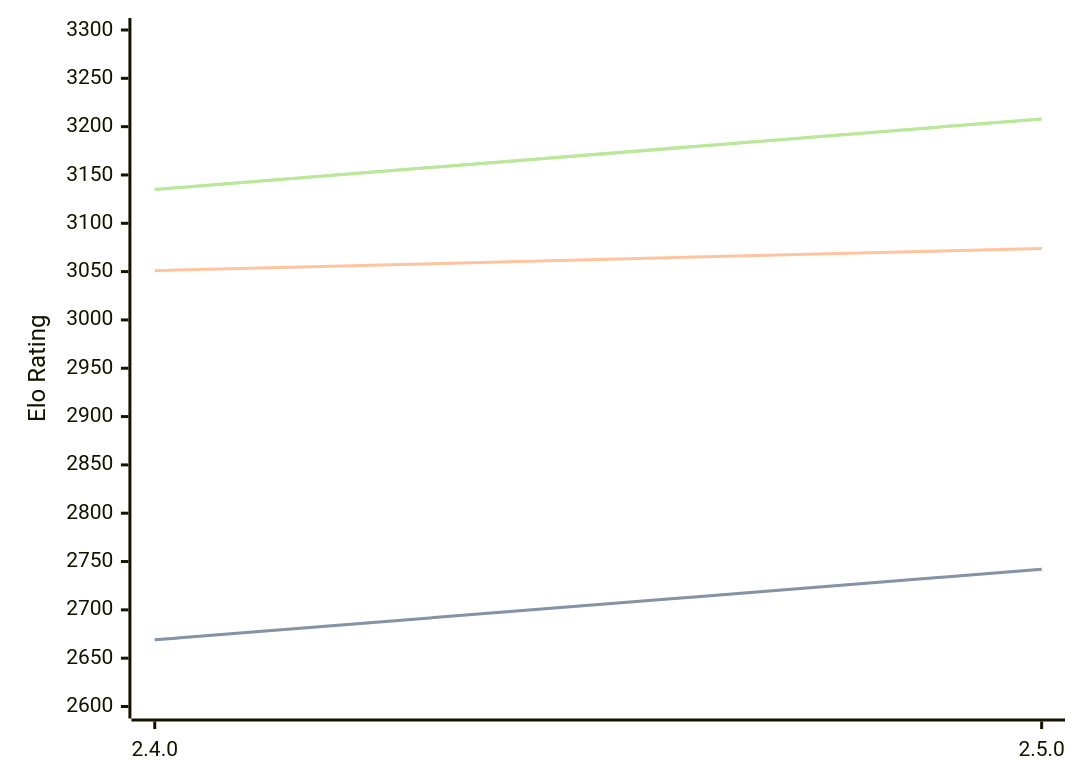
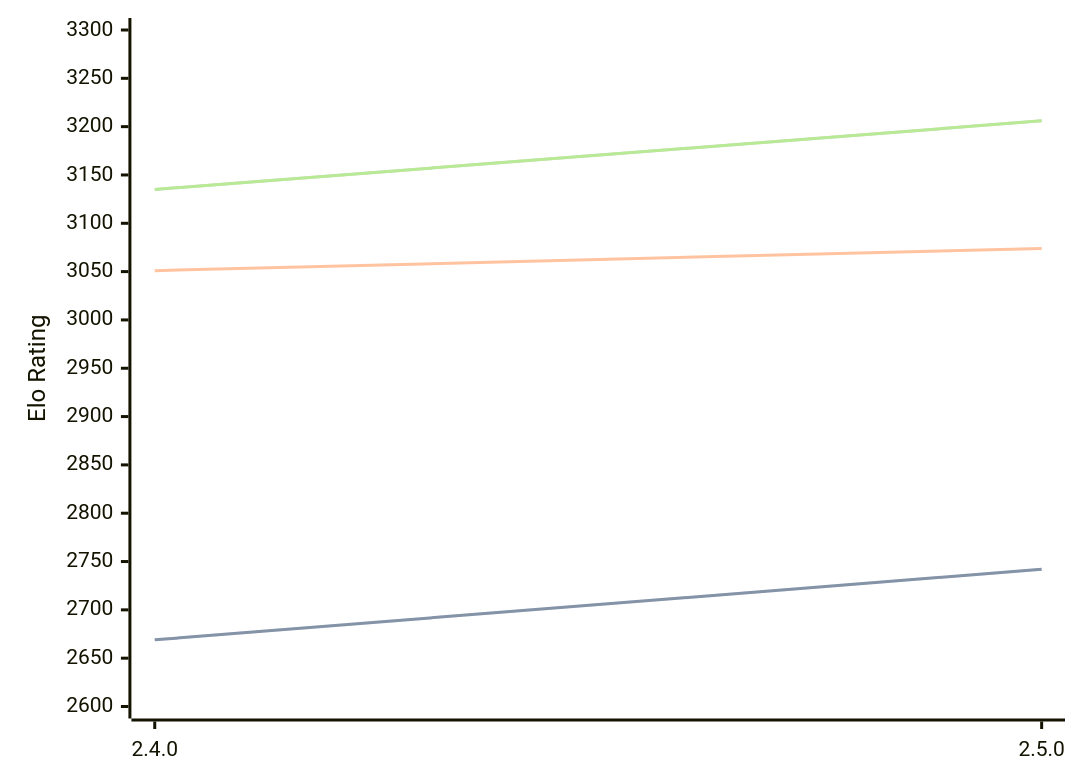
One commit to computer-chess-index/cci changed the diagram in engines/Sturddle2.md. Above: the diagram before and after it, drawn with Mermaid. The commit also changed other lines of this file, not shown here.

Commit message:
Update CCI Ratings (ELO VLTC) - 2026-02-22

````diff
--- a/engines/Sturddle2.md
+++ b/engines/Sturddle2.md
@@ -34,11 +34,11 @@
 ```mermaid
 %%{init: {"theme":"base","themeVariables":{"seriesColors:['#a3a3a3','#222221','#faa371']}}}%%
 xychart-beta
   x-axis ["2.4.0", "2.5.0"]
   y-axis "Elo Rating" 2600 --> 3300
   line "STC (8.0+0.08s)" [2669, 2742]
   line "STC (8.0+0.08s)" [2669, 2742]
   line "LTC (60.0+0.60s)" [3051, 3074]
-  line "VLTC (2m24s+1.12s)" [3135, 3208]
-  line "VLTC (2m24s+1.12s)" [3135, 3208]
+  line "VLTC (2m24s+1.12s)" [3135, 3206]
+  line "VLTC (2m24s+1.12s)" [3135, 3206]
 ```
````
